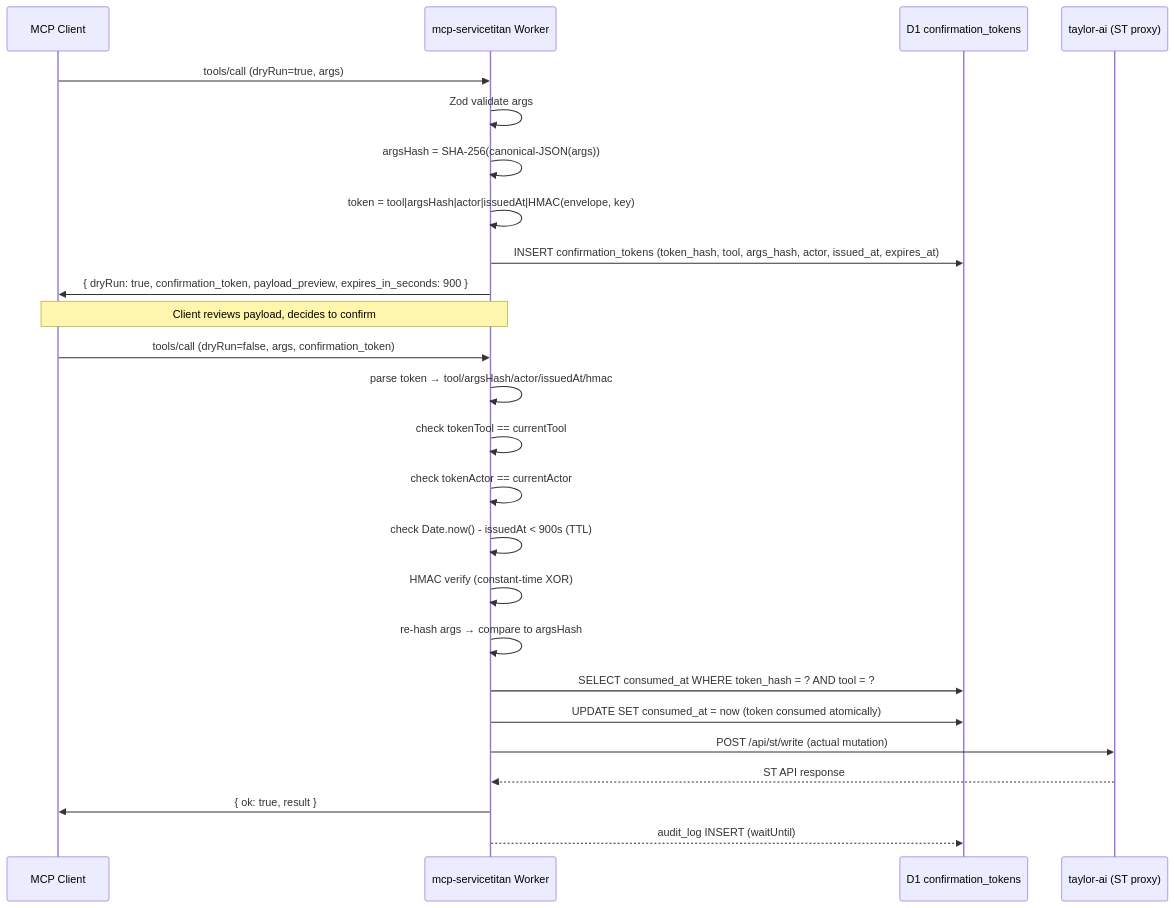
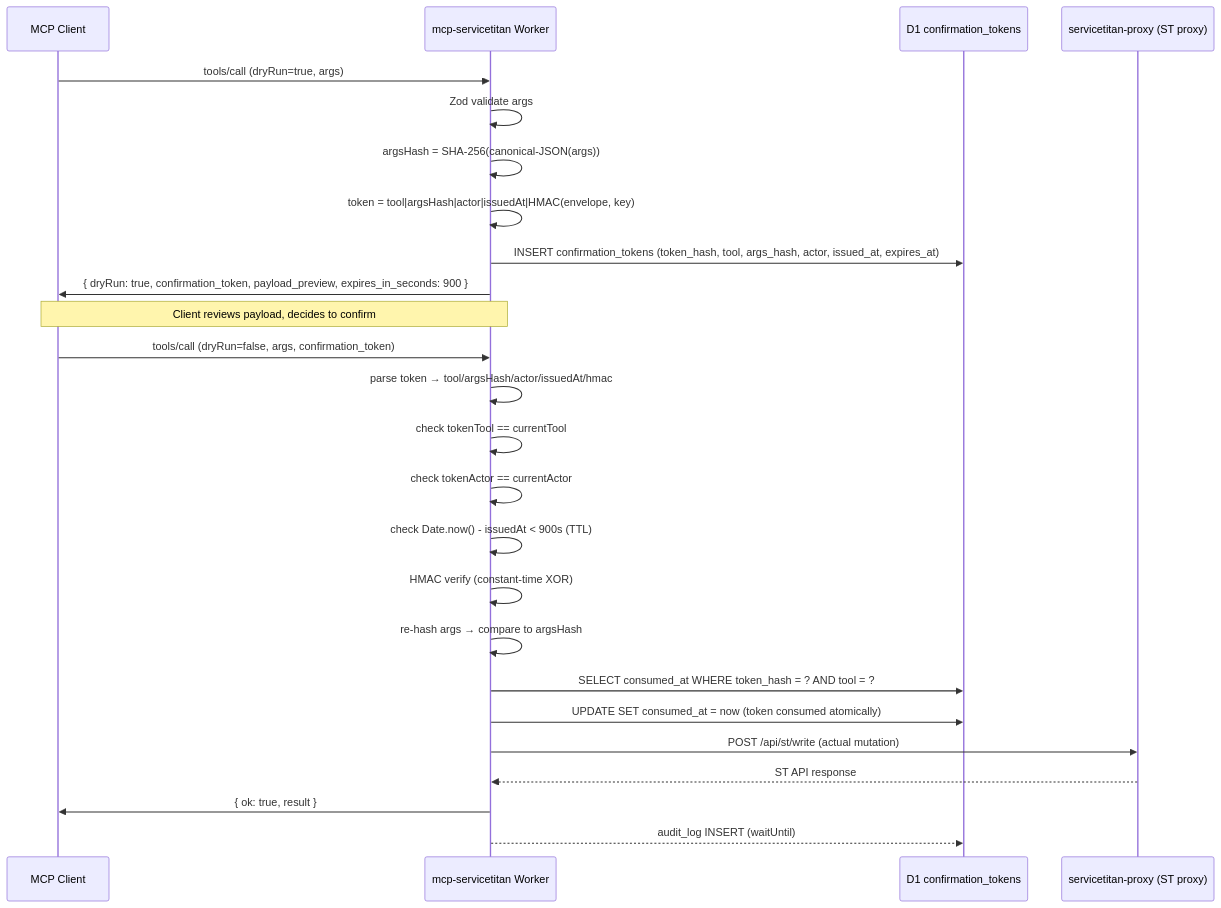
Before and after one commit to lpeluso-dotcom/mcp-servicetitan: the diagram in SECURITY.md, drawn with Mermaid. The commit also changed other lines of this file and 131 other files, not shown here.

````diff
--- a/SECURITY.md
+++ b/SECURITY.md
@@ -134,30 +135,30 @@
 ```mermaid
 sequenceDiagram
     participant C as MCP Client
     participant W as mcp-servicetitan Worker
     participant D as D1 confirmation_tokens
-    participant T as taylor-ai (ST proxy)
+    participant T as servicetitan-proxy (ST proxy)
 
     C->>W: tools/call (dryRun=true, args)
     W->>W: Zod validate args
     W->>W: argsHash = SHA-256(canonical-JSON(args))
     W->>W: token = tool|argsHash|actor|issuedAt|HMAC(envelope, key)
     W->>D: INSERT confirmation_tokens (token_hash, tool, args_hash, actor, issued_at, expires_at)
     W->>C: { dryRun: true, confirmation_token, payload_preview, expires_in_seconds: 900 }
 
     Note over C,W: Client reviews payload, decides to confirm
 
     C->>W: tools/call (dryRun=false, args, confirmation_token)
     W->>W: parse token → tool/argsHash/actor/issuedAt/hmac
     W->>W: check tokenTool == currentTool
     W->>W: check tokenActor == currentActor
     W->>W: check Date.now() - issuedAt < 900s (TTL)
     W->>W: HMAC verify (constant-time XOR)
     W->>W: re-hash args → compare to argsHash
     W->>D: SELECT consumed_at WHERE token_hash = ? AND tool = ?
     W->>D: UPDATE SET consumed_at = now (token consumed atomically)
     W->>T: POST /api/st/write (actual mutation)
     T-->>W: ST API response
     W->>C: { ok: true, result }
     W-->>D: audit_log INSERT (waitUntil)
 ```
````
